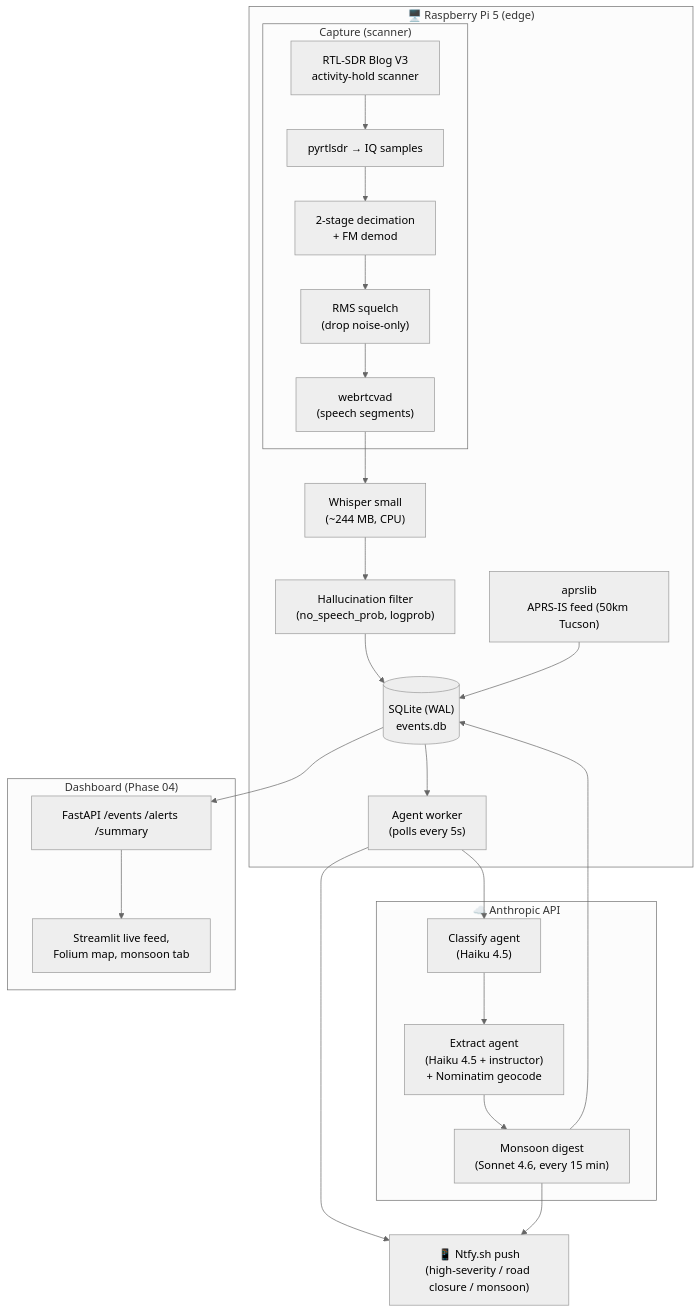
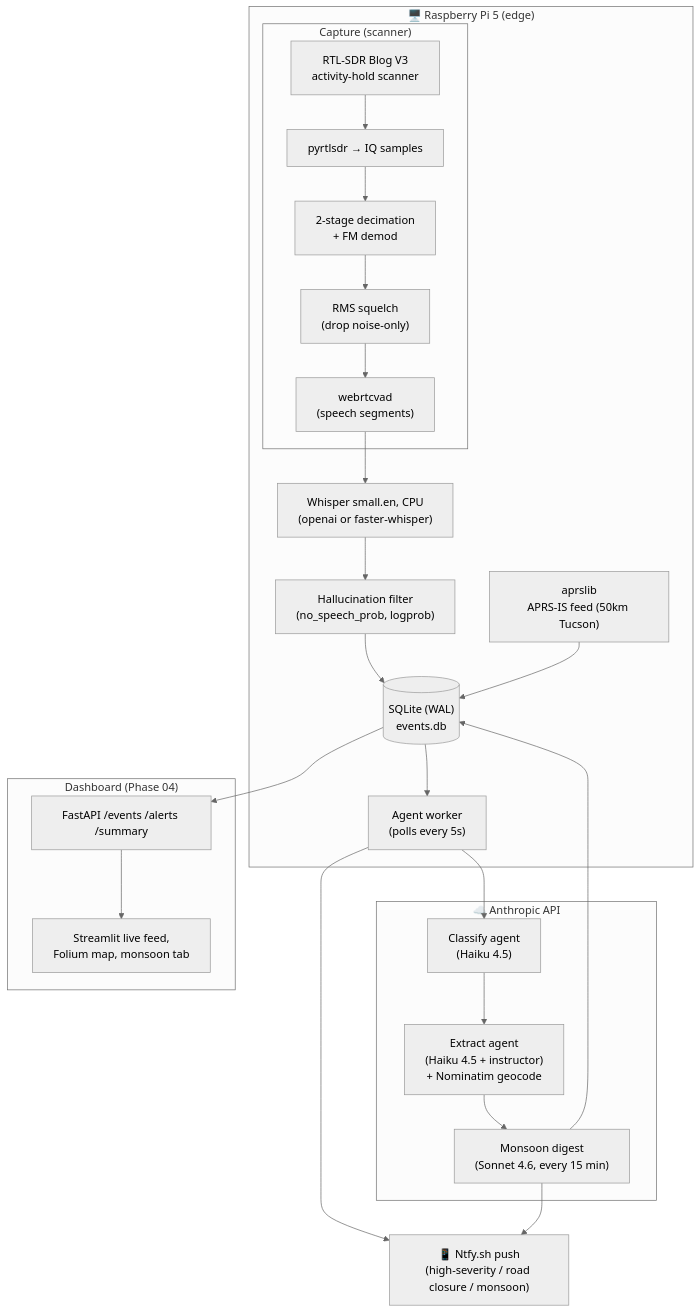
Before and after one commit to keatonwilson/monsoon_ears: the diagram in README.md, drawn with Mermaid (neutral theme). The commit also changed other lines of this file and 2 other files, not shown here.

First line of the commit message:
docs: refresh README status to reality + sync uv.lock with faster-whisper

````diff
--- a/README.md
+++ b/README.md
@@ -36,38 +37,38 @@
 ```mermaid
 flowchart TB
     subgraph PI["🖥️  Raspberry Pi 5 (edge)"]
         subgraph CAP["Capture (scanner)"]
             SDR["RTL-SDR Blog V3<br/>activity-hold scanner"]
             IQ["pyrtlsdr → IQ samples"]
             DEMOD["2-stage decimation<br/>+ FM demod"]
             SQU["RMS squelch<br/>(drop noise-only)"]
             VAD["webrtcvad<br/>(speech segments)"]
         end
-        WHIS["Whisper small<br/>(~244 MB, CPU)"]
+        WHIS["Whisper small.en, CPU<br/>(openai or faster-whisper)"]
         FILT["Hallucination filter<br/>(no_speech_prob, logprob)"]
         DB[("SQLite (WAL)<br/>events.db")]
         WORKER["Agent worker<br/>(polls every 5s)"]
         APRS_IS["aprslib<br/>APRS-IS feed (50km Tucson)"]
     end
 
     subgraph CLOUD["☁️  Anthropic API"]
         CLASSIFY["Classify agent<br/>(Haiku 4.5)"]
         EXTRACT["Extract agent<br/>(Haiku 4.5 + instructor)<br/>+ Nominatim geocode"]
         ALERT["Monsoon digest<br/>(Sonnet 4.6, every 15 min)"]
     end
 
     NTFY["📱 Ntfy.sh push<br/>(high-severity / road closure / monsoon)"]
 
     SDR --> IQ --> DEMOD --> SQU --> VAD --> WHIS --> FILT --> DB
     APRS_IS --> DB
     DB --> WORKER --> CLASSIFY --> EXTRACT --> ALERT
     WORKER --> NTFY
     ALERT --> NTFY
     ALERT --> DB
 
     subgraph UI["Dashboard (Phase 04)"]
         FASTAPI["FastAPI /events /alerts /summary"]
         STREAMLIT["Streamlit live feed,<br/>Folium map, monsoon tab"]
     end
     DB --> FASTAPI --> STREAMLIT
 ```
````
